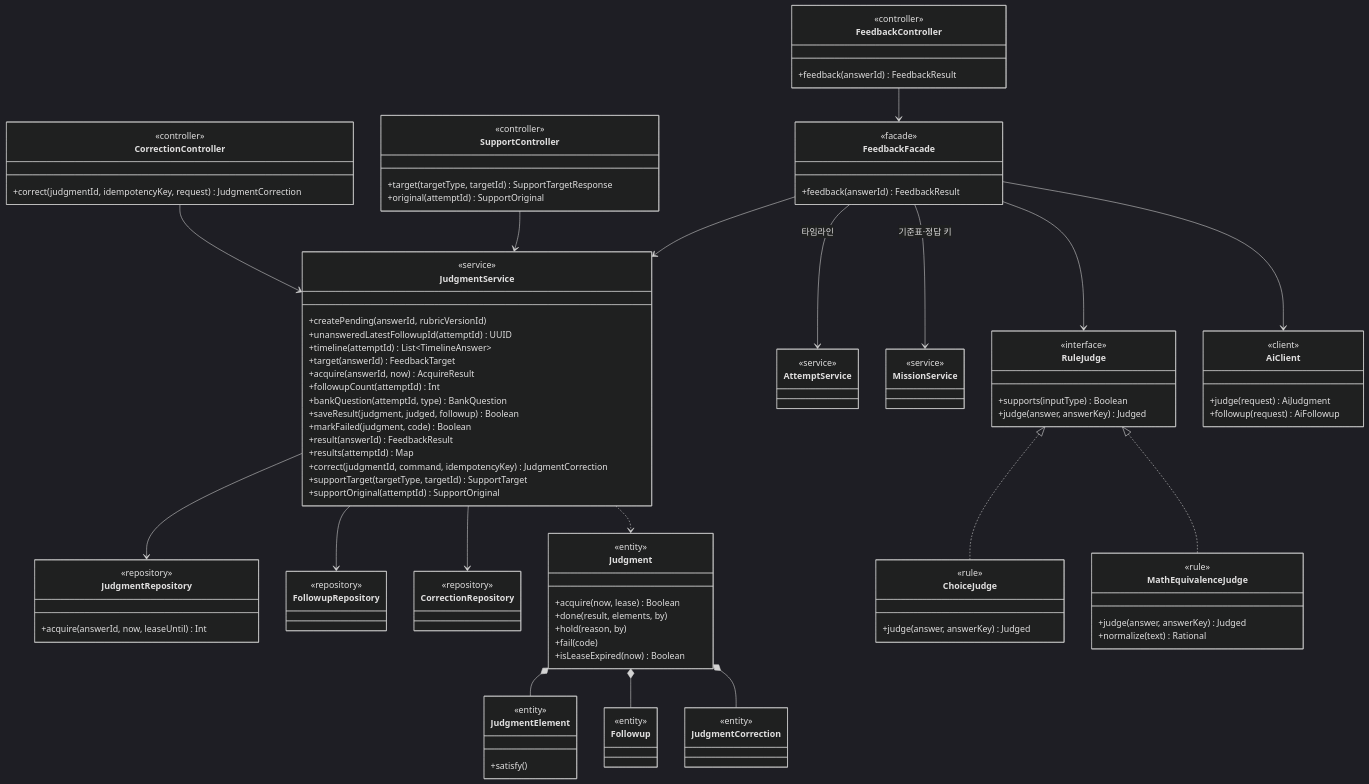
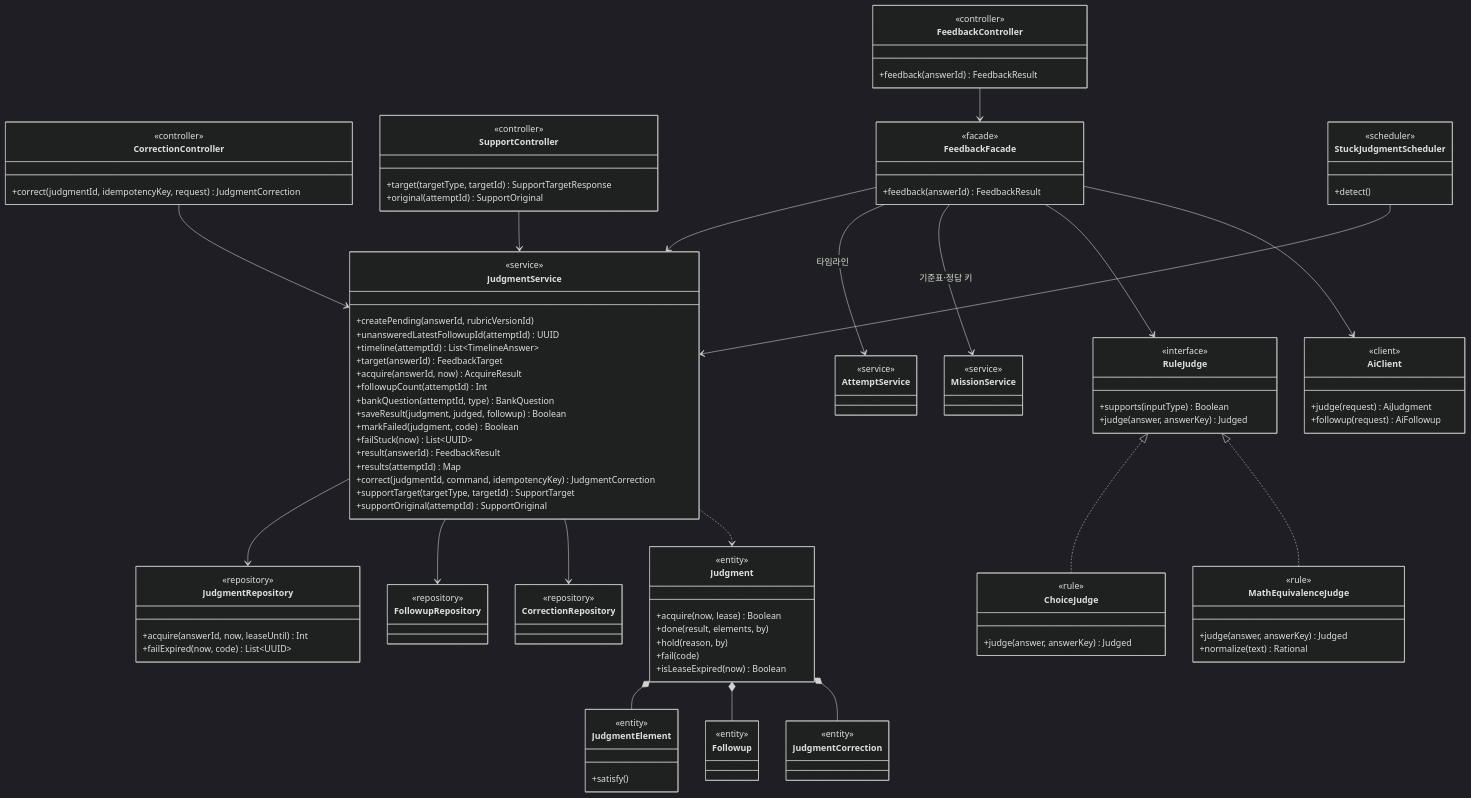
One commit to SKNETWORKS-FAMILY-AICAMP/SKN34-FINAL-3TEAM changed the ninth of 15 diagrams in docs/design/class-diagram.md. Above: the diagram before and after it, drawn with Mermaid (dark theme). The commit also changed other lines of this file and 14 other files, not shown here.

```diff
--- a/docs/design/class-diagram.md
+++ b/docs/design/class-diagram.md
@@ -1299,6 +1299,10 @@
     <<facade>>
     +feedback(answerId) FeedbackResult
   }
+  class StuckJudgmentScheduler {
+    <<scheduler>>
+    +detect()
+  }
   class JudgmentService {
     <<service>>
     +createPending(answerId, rubricVersionId)
@@ -1310,6 +1314,7 @@
     +bankQuestion(attemptId, type) BankQuestion
     +saveResult(judgment, judged, followup) Boolean
     +markFailed(judgment, code) Boolean
+    +failStuck(now) List~UUID~
     +result(answerId) FeedbackResult
     +results(attemptId) Map
     +correct(judgmentId, command, idempotencyKey) JudgmentCorrection
@@ -1352,6 +1357,7 @@
   class JudgmentRepository {
     <<repository>>
     +acquire(answerId, now, leaseUntil) Int
+    +failExpired(now, code) List~UUID~
   }
   class FollowupRepository { <<repository>> }
   class CorrectionRepository { <<repository>> }
@@ -1362,6 +1368,7 @@
   CorrectionController --> JudgmentService
   SupportController --> JudgmentService
   FeedbackFacade --> JudgmentService
+  StuckJudgmentScheduler --> JudgmentService
   FeedbackFacade --> AttemptService : 타임라인
   FeedbackFacade --> MissionService : 기준표·정답 키
   FeedbackFacade --> RuleJudge
```
